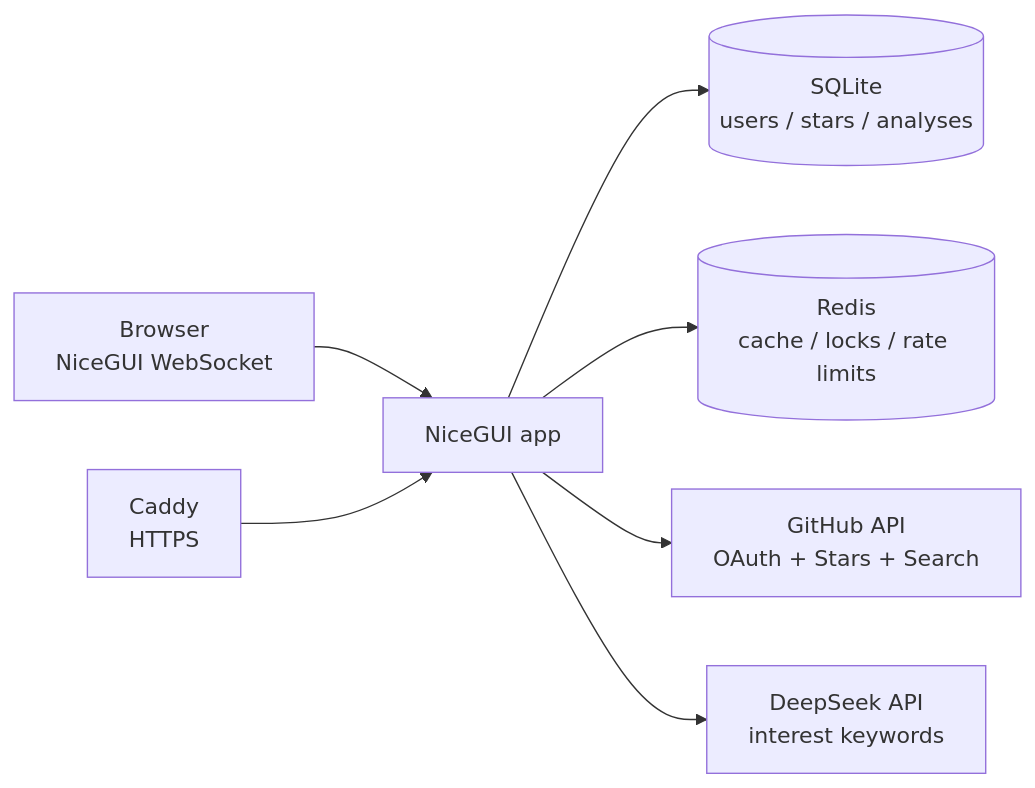
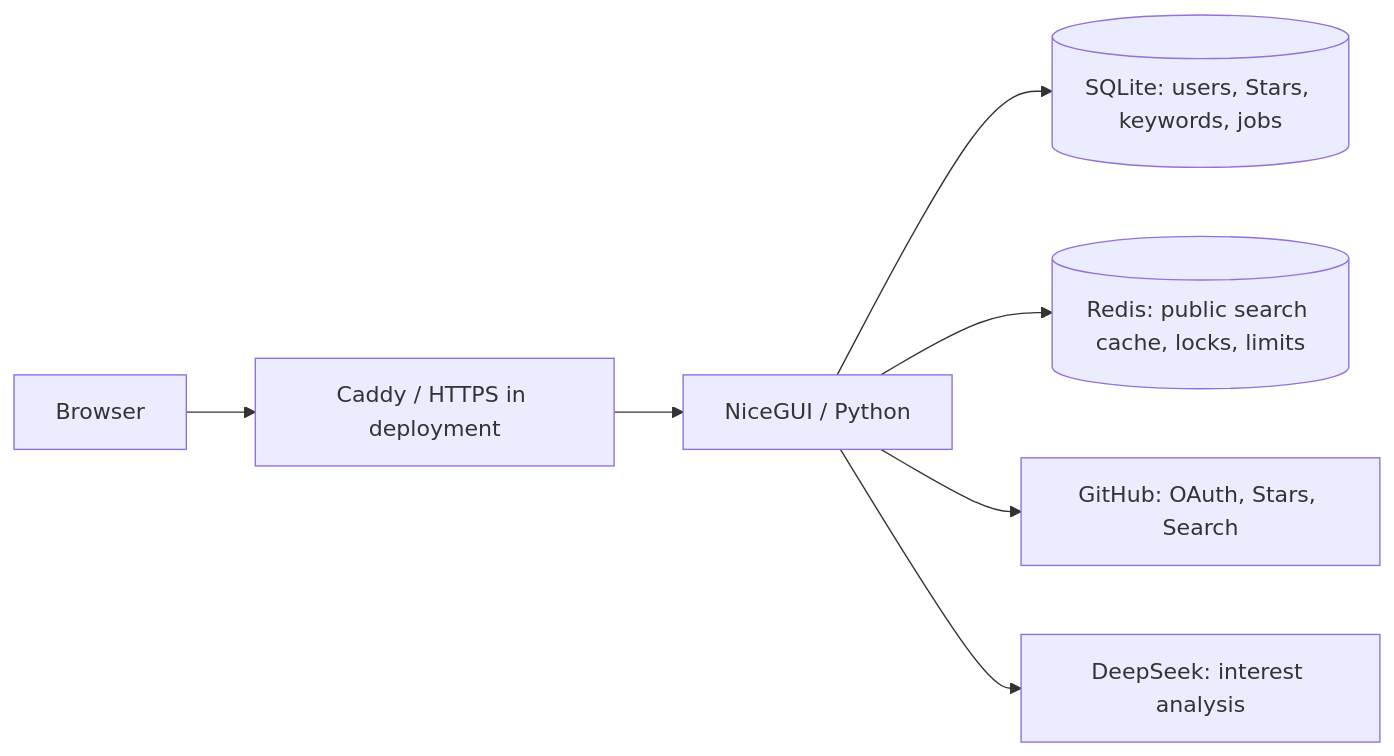
The diagram in README.md (Xander-26Code/LookingFor), drawn with Mermaid before and after one commit. The commit also changed other lines of this file, not shown here.

````diff
--- a/README.md
+++ b/README.md
@@ -80,9 +244,9 @@
 ```mermaid
 flowchart LR
-    Browser["Browser<br/>NiceGUI WebSocket"] --> App["NiceGUI app"]
-    App --> DB[("SQLite<br/>users / stars / analyses")]
-    App --> Redis[("Redis<br/>cache / locks / rate limits")]
-    App --> GitHub["GitHub API<br/>OAuth + Stars + Search"]
-    App --> DeepSeek["DeepSeek API<br/>interest keywords"]
-    Caddy["Caddy<br/>HTTPS"] --> App
+    Browser[Browser] --> Caddy["Caddy / HTTPS in deployment"]
+    Caddy --> App["NiceGUI / Python"]
+    App --> DB[("SQLite: users, Stars, keywords, jobs")]
+    App --> Redis[("Redis: public search cache, locks, limits")]
+    App --> GitHub["GitHub: OAuth, Stars, Search"]
+    App --> DeepSeek["DeepSeek: interest analysis"]
 ```
````
